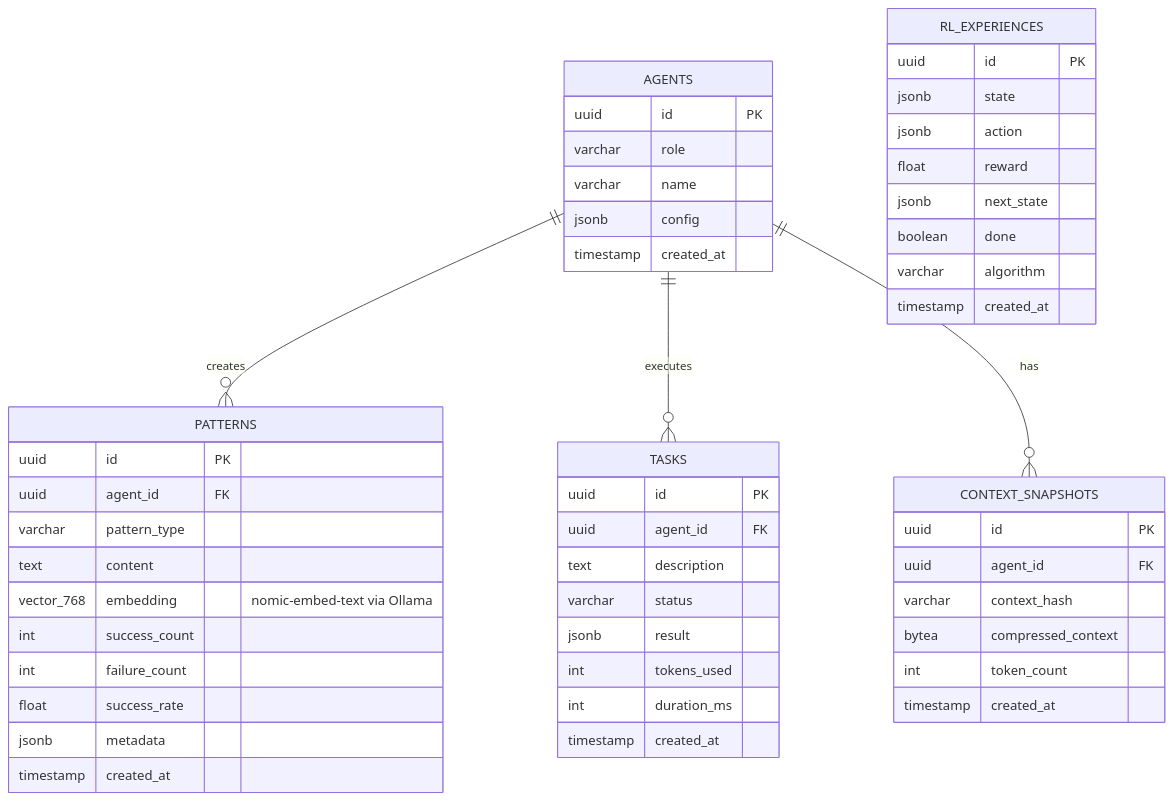
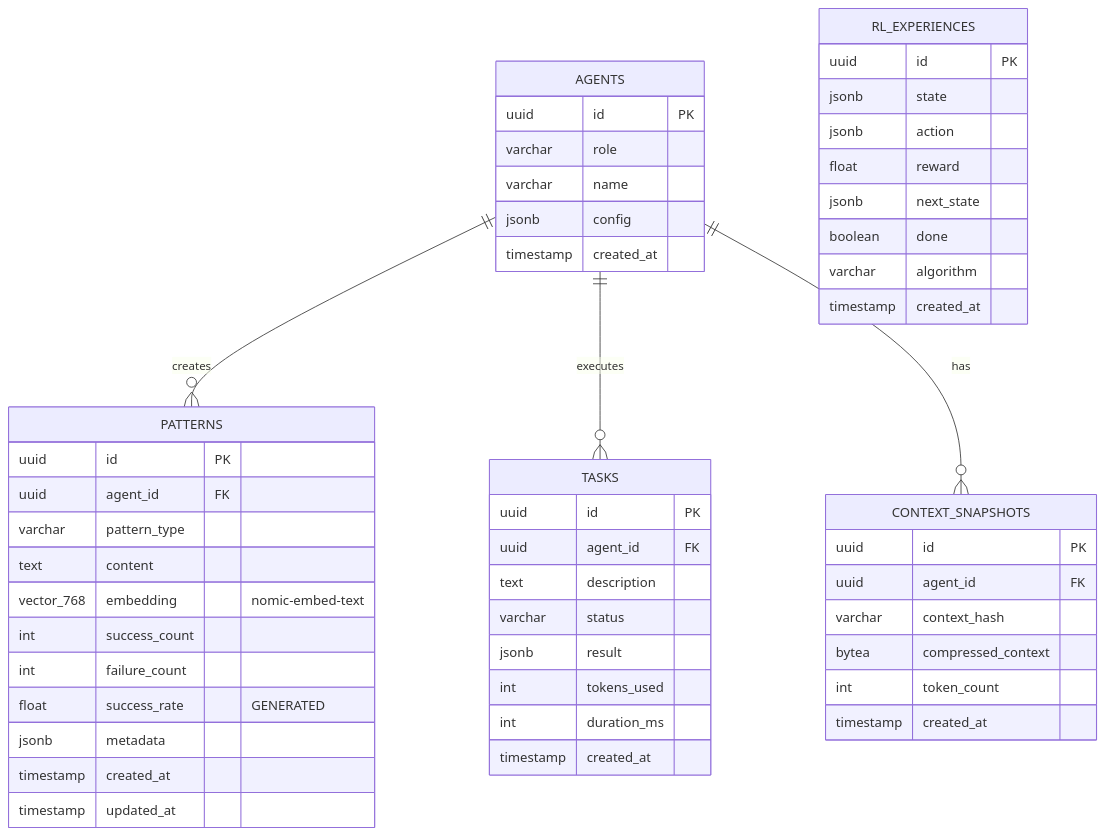
One commit to mjhcompany/cca changed the ninth of 19 diagrams in docs/architecture.md. Above: the diagram before and after it, drawn with Mermaid. The commit also changed other lines of this file and 43 other files, not shown here.

````diff
--- a/docs/architecture.md
+++ b/docs/architecture.md
@@ -268,58 +389,59 @@
 ```mermaid
 erDiagram
     AGENTS ||--o{ PATTERNS : creates
     AGENTS ||--o{ TASKS : executes
     AGENTS ||--o{ CONTEXT_SNAPSHOTS : has
 
     AGENTS {
         uuid id PK
         varchar role
         varchar name
         jsonb config
         timestamp created_at
     }
 
     PATTERNS {
         uuid id PK
         uuid agent_id FK
         varchar pattern_type
         text content
-        vector_768 embedding "nomic-embed-text via Ollama"
+        vector_768 embedding "nomic-embed-text"
         int success_count
         int failure_count
-        float success_rate
+        float success_rate "GENERATED"
         jsonb metadata
         timestamp created_at
+        timestamp updated_at
     }
 
     TASKS {
         uuid id PK
         uuid agent_id FK
         text description
         varchar status
         jsonb result
         int tokens_used
         int duration_ms
         timestamp created_at
     }
 
     RL_EXPERIENCES {
         uuid id PK
         jsonb state
         jsonb action
         float reward
         jsonb next_state
         boolean done
         varchar algorithm
         timestamp created_at
     }
 
     CONTEXT_SNAPSHOTS {
         uuid id PK
         uuid agent_id FK
         varchar context_hash
         bytea compressed_context
         int token_count
         timestamp created_at
     }
 ```
````
